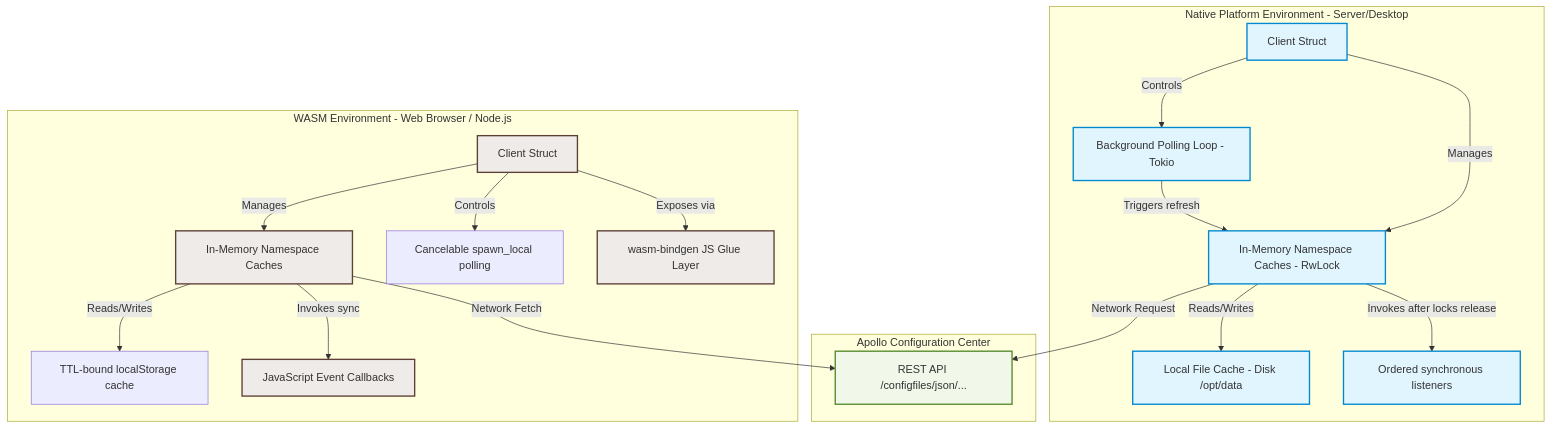
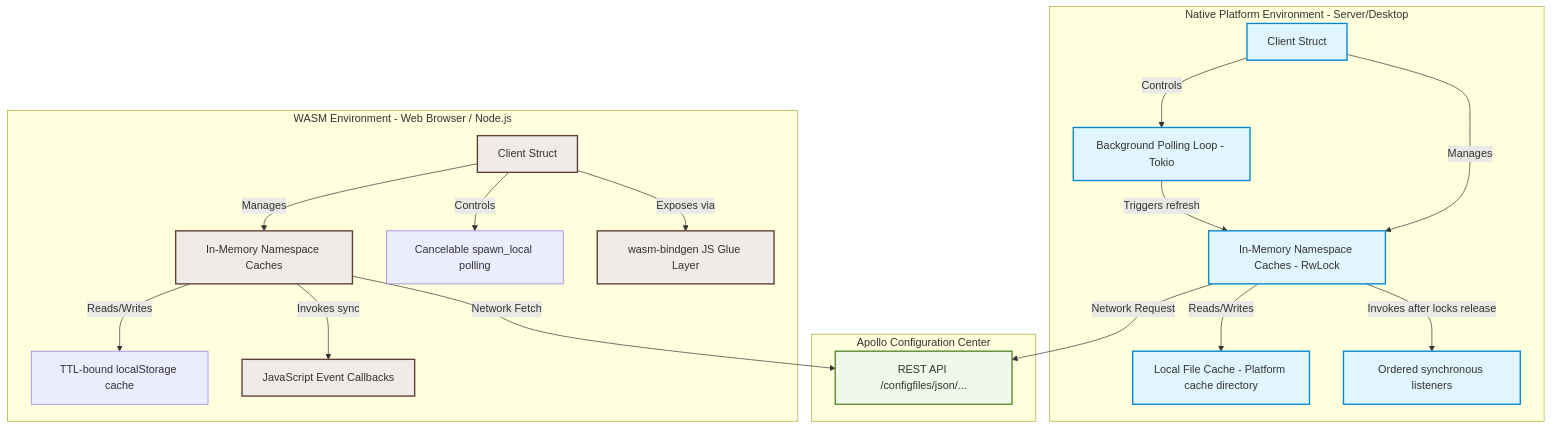
The diagram in specs/architectural_design.md (qqiao/apollo-rust-client), drawn with Mermaid before and after one commit. The commit also changed other lines of this file and 44 other files, not shown here.

````diff
--- a/specs/architectural_design.md
+++ b/specs/architectural_design.md
@@ -11,46 +11,46 @@
 ```mermaid
 graph TD
     %% Define Nodes
     subgraph ApolloServer [Apollo Configuration Center]
         ServerPort[REST API /configfiles/json/...]
     end
 
     subgraph NativeEnv [Native Platform Environment - Server/Desktop]
         ClientNative[Client Struct]
         BgWorker[Background Polling Loop - Tokio]
-        FileCache[Local File Cache - Disk /opt/data]
+        FileCache[Local File Cache - Platform cache directory]
         MemCacheNative[In-Memory Namespace Caches - RwLock]
         ListenerTasks[Ordered synchronous listeners]
 
         ClientNative -->|Manages| MemCacheNative
         ClientNative -->|Controls| BgWorker
         BgWorker -->|Triggers refresh| MemCacheNative
         MemCacheNative -->|Reads/Writes| FileCache
         MemCacheNative -->|Network Request| ServerPort
         MemCacheNative -->|Invokes after locks release| ListenerTasks
     end
 
     subgraph WasmEnv [WASM Environment - Web Browser / Node.js]
         ClientWasm[Client Struct]
         MemCacheWasm[In-Memory Namespace Caches]
         LocalStorage[TTL-bound localStorage cache]
         BgWorkerWasm[Cancelable spawn_local polling]
         JsInterop[wasm-bindgen JS Glue Layer]
         JsCallbacks[JavaScript Event Callbacks]
 
         ClientWasm -->|Manages| MemCacheWasm
         ClientWasm -->|Controls| BgWorkerWasm
         MemCacheWasm -->|Reads/Writes| LocalStorage
         ClientWasm -->|Exposes via| JsInterop
         MemCacheWasm -->|Network Fetch| ServerPort
         MemCacheWasm -->|Invokes sync| JsCallbacks
     end
 
     %% Styles
     classDef native fill:#e1f5fe,stroke:#0288d1,stroke-width:2px;
     classDef wasm fill:#efebe9,stroke:#5d4037,stroke-width:2px;
     classDef server fill:#f1f8e9,stroke:#558b2f,stroke-width:2px;
     class ClientNative,BgWorker,FileCache,MemCacheNative,ListenerTasks native;
     class ClientWasm,MemCacheWasm,JsInterop,JsCallbacks wasm;
     class ServerPort server;
 ```
````
